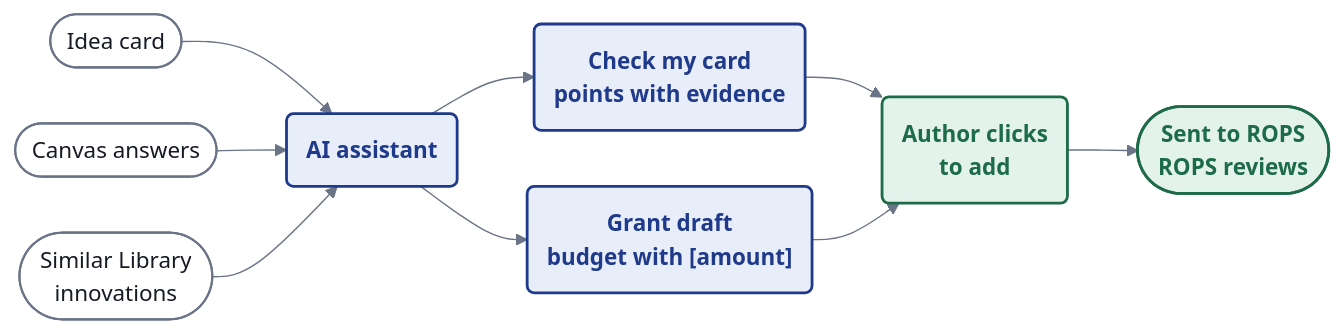
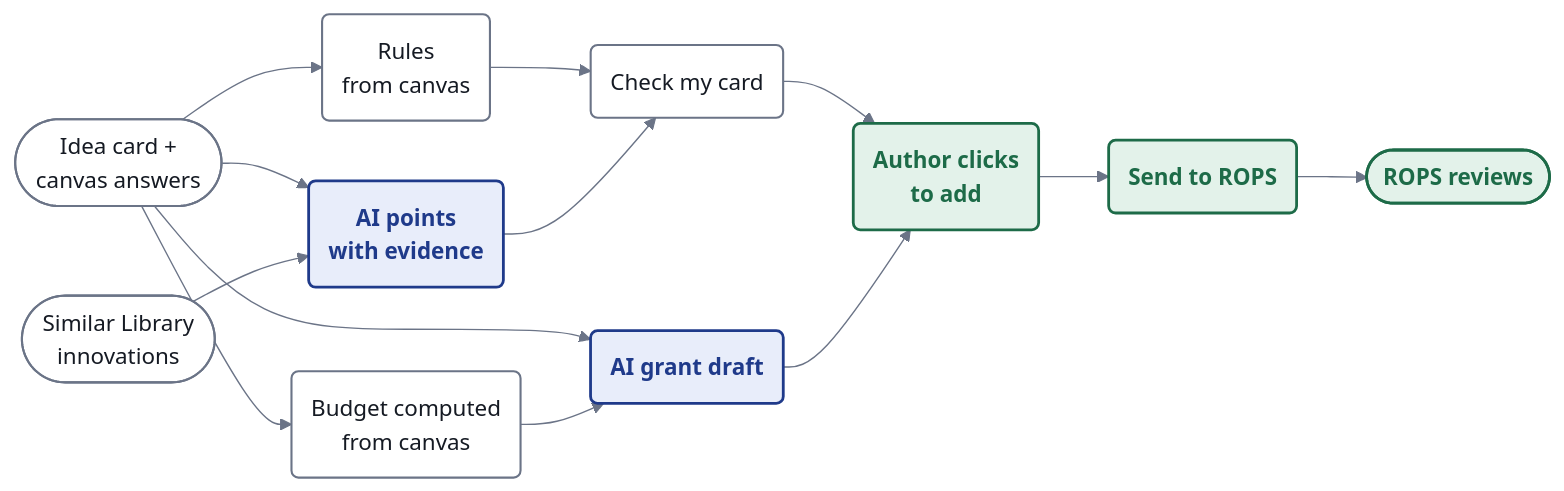
Before and after one commit to DEFALT314/feniks: the diagram in pitch/diagramy/ai-3-creator.mmd, drawn with Mermaid. The commit also changed 9 other files, not shown here.

Commit message:
AI diagrams: overview shows the shared core, no provider name, honest labels

```diff
--- a/pitch/diagramy/ai-3-creator.mmd
+++ b/pitch/diagramy/ai-3-creator.mmd
@@ -1,13 +1,17 @@
 %%{init: {"theme":"base","themeVariables":{"background":"#FFFFFF","primaryColor":"#FFFFFF","primaryBorderColor":"#1F3A8A","primaryTextColor":"#151A23","lineColor":"#6B7487","fontFamily":"Inter, Arial, Liberation Sans, Noto Sans, sans-serif","fontSize":"16px"},"flowchart":{"curve":"basis","nodeSpacing":40,"rankSpacing":50,"padding":14,"wrappingWidth":260}}}%%
 flowchart LR
-    I(["Idea card"]):::data --> X("AI assistant"):::ai
-    K(["Canvas answers"]):::data --> X
+    I(["Idea card +<br/>canvas answers"]):::data --> R1("Rules<br/>from canvas"):::data
+    I --> X("AI points<br/>with evidence"):::ai
     L(["Similar Library<br/>innovations"]):::data --> X
-    X --> C("Check my card<br/>points with evidence"):::ai
-    X --> G("Grant draft<br/>budget with [amount]"):::ai
+    I --> B("Budget computed<br/>from canvas"):::data
+    I --> G("AI grant draft"):::ai
+    B --> G
+    R1 --> C("Check my card"):::data
+    X --> C
     C --> H("Author clicks<br/>to add"):::human
     G --> H
-    H --> R(["Sent to ROPS<br/>ROPS reviews"]):::human
+    H --> S("Send to ROPS"):::human
+    S --> RV(["ROPS reviews"]):::human
     classDef ai fill:#E8EDFA,stroke:#1F3A8A,stroke-width:2px,color:#1F3A8A,font-weight:bold
     classDef data fill:#FFFFFF,stroke:#6B7487,stroke-width:1.5px,color:#151A23
     classDef human fill:#E3F2EA,stroke:#1D6B48,stroke-width:2px,color:#1D6B48,font-weight:bold
```
